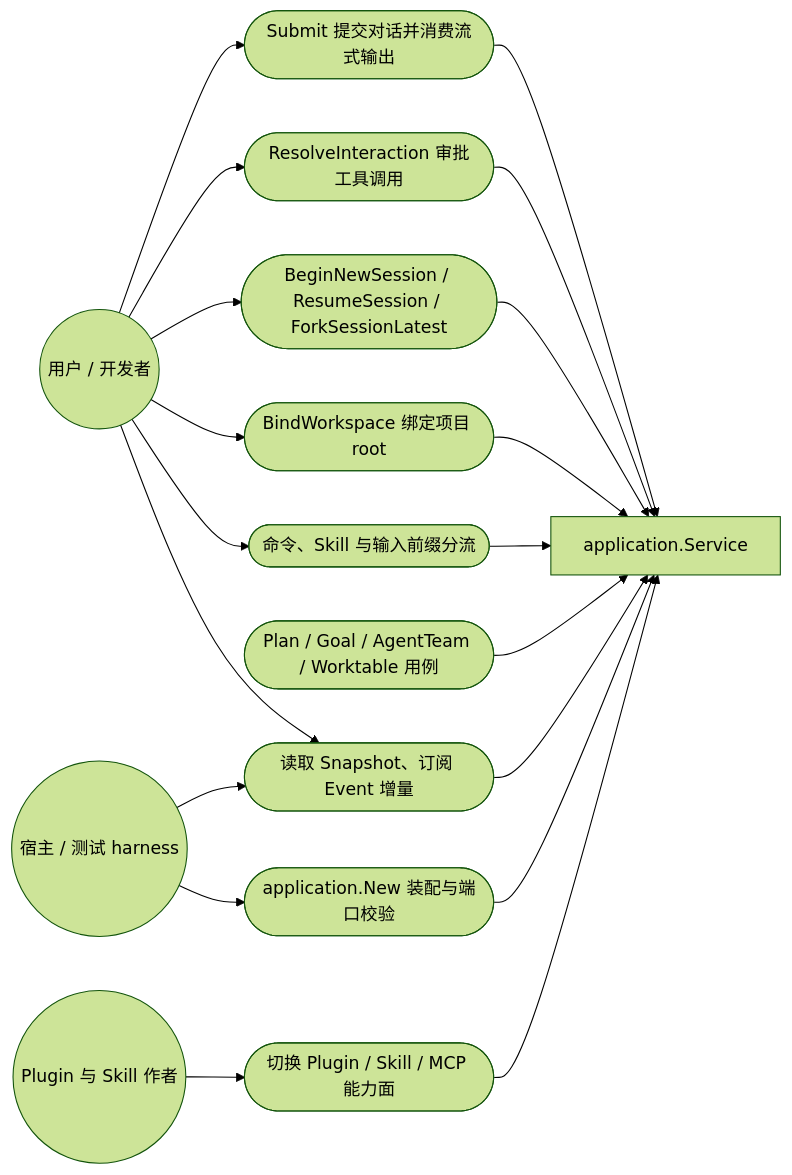
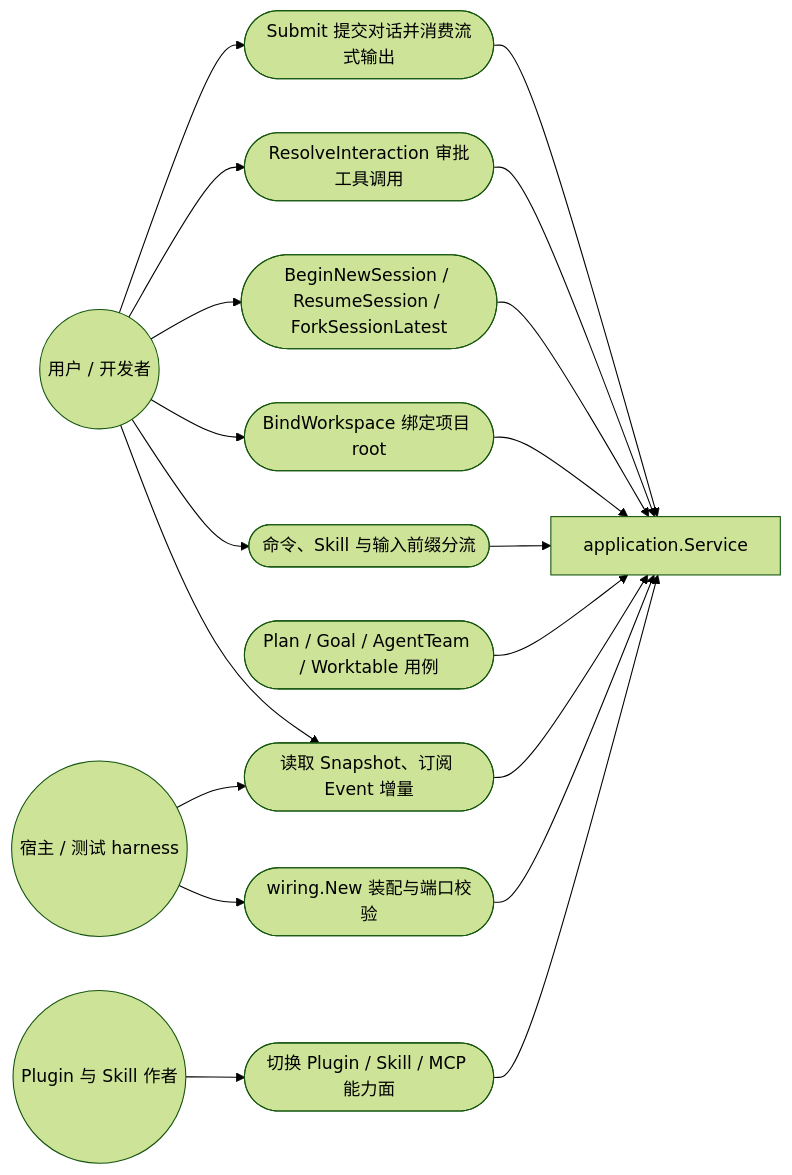
One commit to RedHuang-0622/seelex changed the second of 5 diagrams in application/README.md. Above: the diagram before and after it, drawn with Mermaid (forest theme). The commit also changed other lines of this file and 1013 other files, not shown here.

````diff
--- a/application/README.md
+++ b/application/README.md
@@ -119,37 +144,37 @@
 ```mermaid
 flowchart LR
     DEV(("用户 / 开发者"))
     HOST(("宿主 / 测试 harness"))
     EXT(("Plugin 与 Skill 作者"))
 
     UC1(["Submit 提交对话并消费流式输出"])
     UC2(["ResolveInteraction 审批工具调用"])
     UC3(["BeginNewSession / ResumeSession / ForkSessionLatest"])
     UC4(["BindWorkspace 绑定项目 root"])
     UC5(["命令、Skill 与输入前缀分流"])
     UC6(["Plan / Goal / AgentTeam / Worktable 用例"])
     UC7(["读取 Snapshot、订阅 Event 增量"])
-    UC8(["application.New 装配与端口校验"])
+    UC8(["wiring.New 装配与端口校验"])
     UC9(["切换 Plugin / Skill / MCP 能力面"])
 
     SYS["application.Service"]
 
     DEV --> UC1
     DEV --> UC2
     DEV --> UC3
     DEV --> UC4
     DEV --> UC5
     DEV --> UC7
     HOST --> UC7
     HOST --> UC8
     EXT --> UC9
     UC1 --> SYS
     UC2 --> SYS
     UC3 --> SYS
     UC4 --> SYS
     UC5 --> SYS
     UC6 --> SYS
     UC7 --> SYS
     UC8 --> SYS
     UC9 --> SYS
 ```
````
